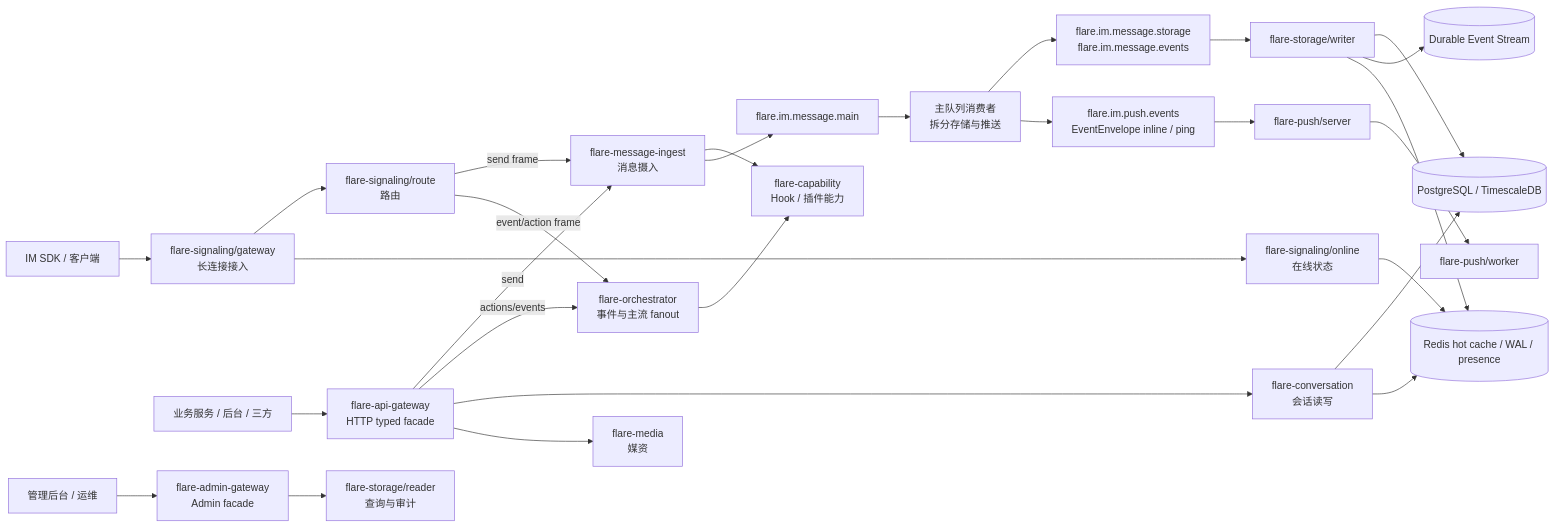
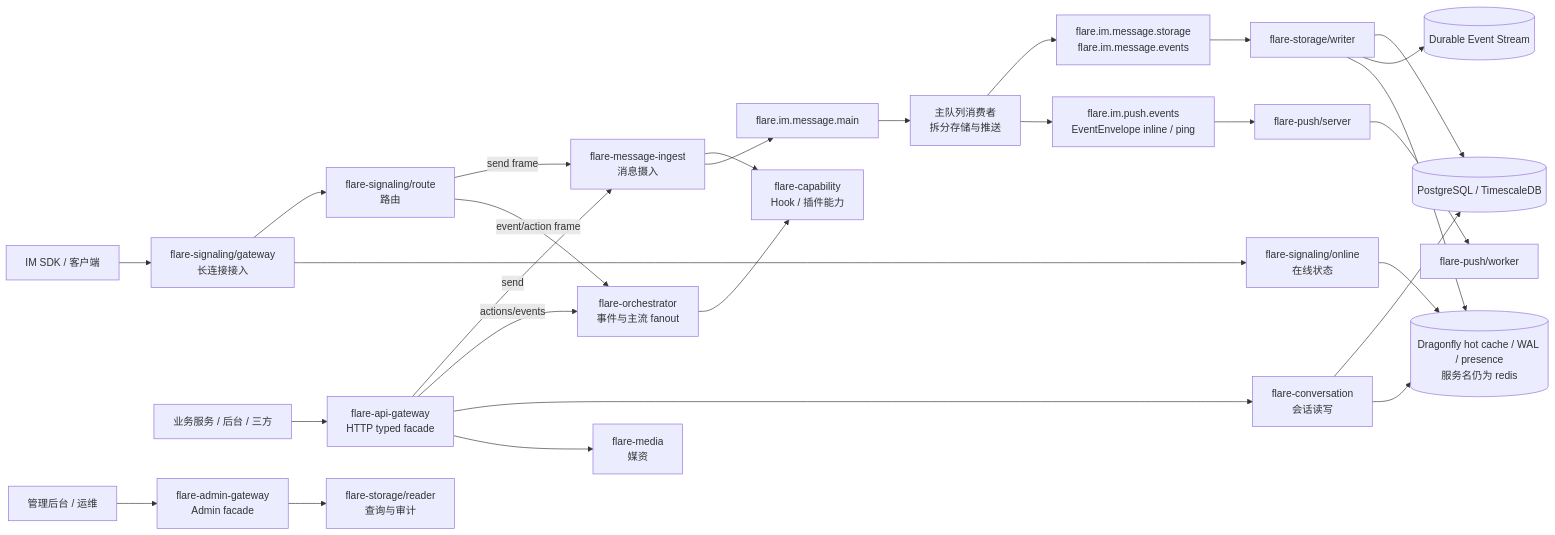
Before and after one commit to flare-im/flare-im-core-server: the second of 3 diagrams in README.zh-CN.md, drawn with Mermaid. The commit also changed other lines of this file and 11 other files, not shown here.

````diff
--- a/README.zh-CN.md
+++ b/README.zh-CN.md
@@ -125,32 +125,32 @@
 ```mermaid
 flowchart LR
     SDK["IM SDK / 客户端"] --> SGW["flare-signaling/gateway<br/>长连接接入"]
     ThirdParty["业务服务 / 后台 / 三方"] --> CGW["flare-api-gateway<br/>HTTP typed facade"]
     Admin["管理后台 / 运维"] --> AGW["flare-admin-gateway<br/>Admin facade"]
 
     SGW --> Route["flare-signaling/route<br/>路由"]
     SGW --> Online["flare-signaling/online<br/>在线状态"]
     CGW -- "send" --> Ingest["flare-message-ingest<br/>消息摄入"]
     CGW -- "actions/events" --> Orchestrator["flare-orchestrator<br/>事件与主流 fanout"]
     CGW --> Conversation["flare-conversation<br/>会话读写"]
     CGW --> Media["flare-media<br/>媒资"]
     AGW --> StorageReader["flare-storage/reader<br/>查询与审计"]
 
     Route -- "send frame" --> Ingest
     Route -- "event/action frame" --> Orchestrator
     Ingest --> Capability["flare-capability<br/>Hook / 插件能力"]
     Orchestrator --> Capability
     Ingest --> MQMain["flare.im.message.main"]
     MQMain --> OrchestratorFanout["主队列消费者<br/>拆分存储与推送"]
     OrchestratorFanout --> MQStorage["flare.im.message.storage<br/>flare.im.message.events"]
     OrchestratorFanout --> MQPush["flare.im.push.events<br/>EventEnvelope inline / ping"]
     MQStorage --> StorageWriter["flare-storage/writer"]
     MQPush --> PushServer["flare-push/server"]
     PushServer --> PushWorker["flare-push/worker"]
     StorageWriter --> Postgres[("PostgreSQL / TimescaleDB")]
     StorageWriter --> EventStream[("Durable Event Stream")]
-    StorageWriter --> Redis[("Redis hot cache / WAL / presence")]
+    StorageWriter --> Redis[("Dragonfly hot cache / WAL / presence<br/>服务名仍为 redis")]
     Conversation --> Postgres
     Conversation --> Redis
     Online --> Redis
 ```
````
